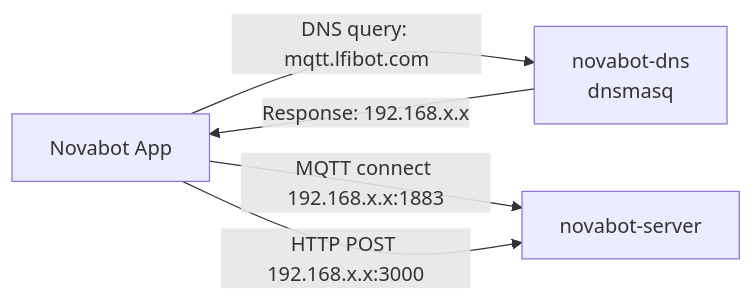
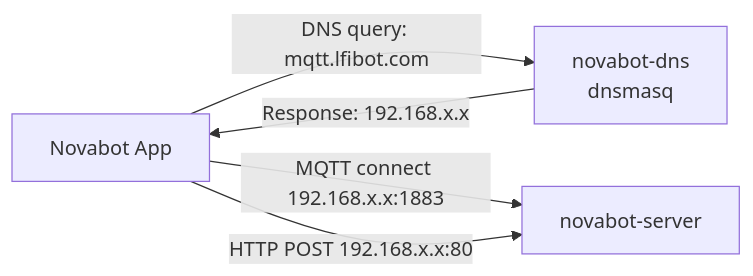
The diagram in docs/architecture/network.md (rvbcrs/Novabot), drawn with Mermaid before and after one commit. The commit also changed 44 other files, not shown here.

````diff
--- a/docs/architecture/network.md
+++ b/docs/architecture/network.md
@@ -11,7 +11,7 @@
 ```mermaid
 graph LR
     App[Novabot App] -->|DNS query: mqtt.lfibot.com| DNS[novabot-dns<br/>dnsmasq]
     DNS -->|Response: 192.168.x.x| App
     App -->|MQTT connect 192.168.x.x:1883| Server[novabot-server]
-    App -->|HTTP POST 192.168.x.x:3000| Server
+    App -->|HTTP POST 192.168.x.x:80| Server
 ```
````
